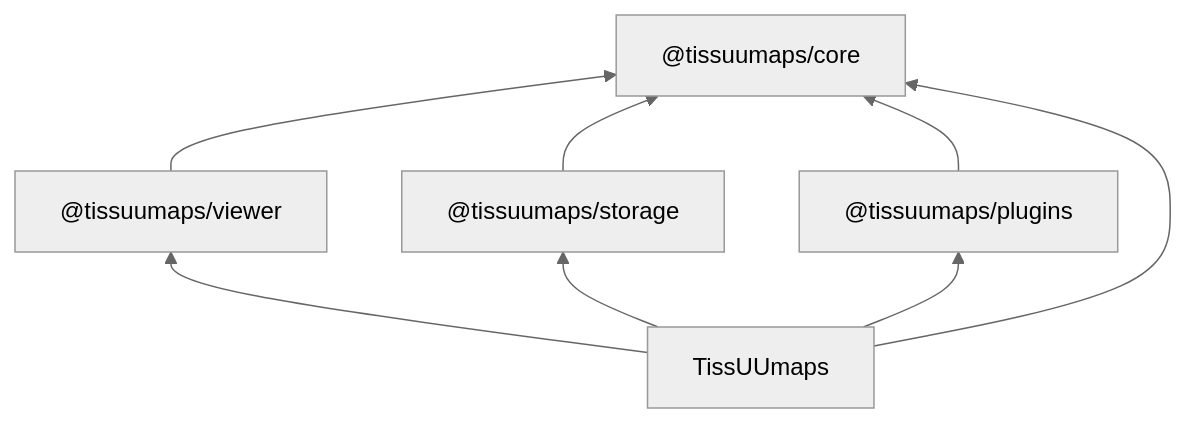
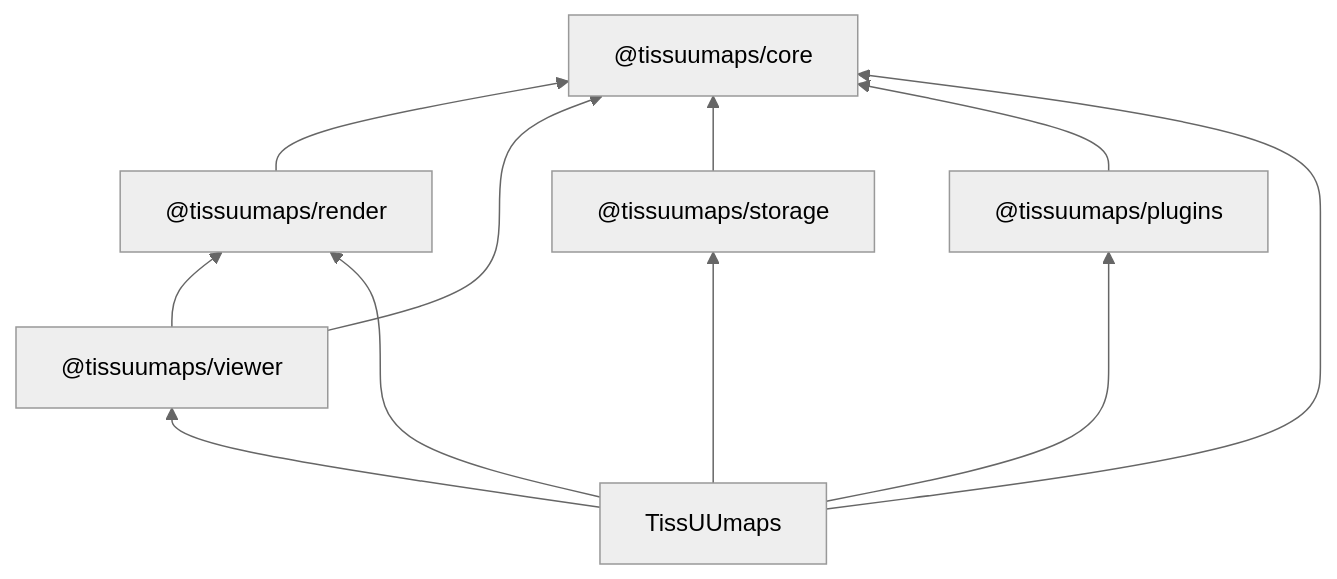
The diagram in apps/docs/docs/development/code-architecture.md (TissUUmaps/TissUUmaps4), drawn with Mermaid (neutral theme) before and after one commit. The commit also changed other lines of this file and 164 other files, not shown here.

First line of the commit message:
refactor(render)!: extract rendering into a dedicated @tissuumaps/render package (#162)

````diff
--- a/apps/docs/docs/development/code-architecture.md
+++ b/apps/docs/docs/development/code-architecture.md
@@ -22,19 +23,24 @@
 ```mermaid
 flowchart BT
     core["@tissuumaps/core"]
 
+    render["@tissuumaps/render"]
+    render --> core
+
     viewer["@tissuumaps/viewer"]
     viewer --> core
+    viewer --> render
 
     storage["@tissuumaps/storage"]
     storage --> core
 
     plugins["@tissuumaps/plugins"]
     plugins --> core
 
     tissuumaps["TissUUmaps"]
     tissuumaps --> core
+    tissuumaps --> render
     tissuumaps --> storage
     tissuumaps --> plugins
     tissuumaps --> viewer
 ```
````
